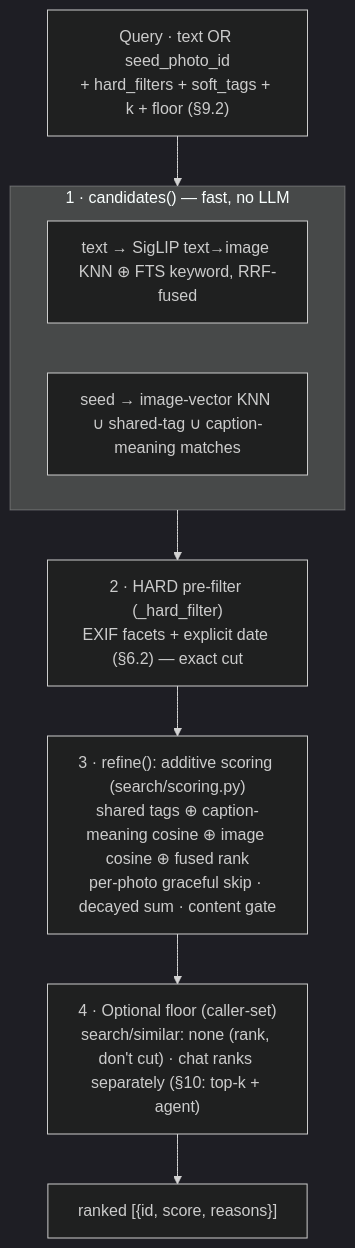
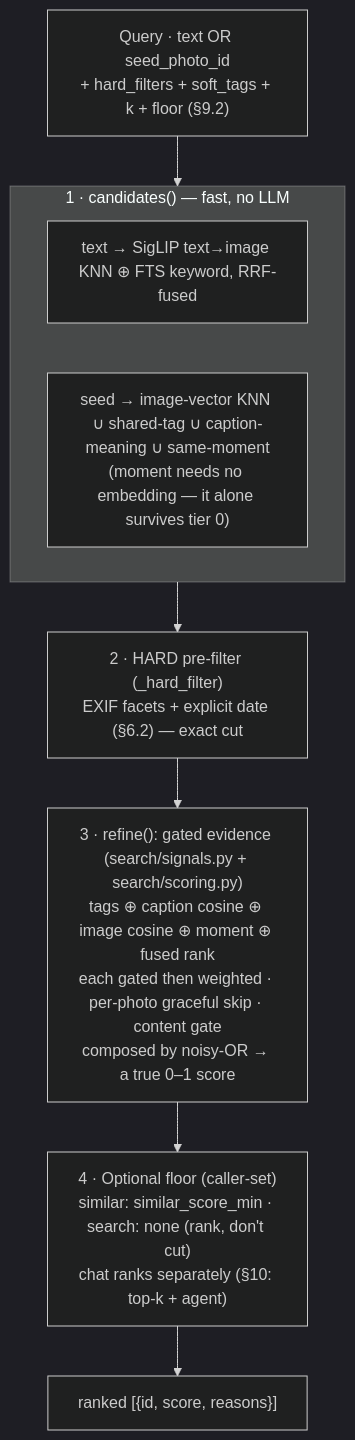
One commit to sadensmol/ivms777 changed the second of 6 diagrams in docs/design.md. Above: the diagram before and after it, drawn with Mermaid (dark theme). The commit also changed other lines of this file and 48 other files, not shown here.

````diff
--- a/docs/design.md
+++ b/docs/design.md
@@ -755,14 +778,14 @@
 ```mermaid
 flowchart TB
     q["Query · text OR seed_photo_id<br/>+ hard_filters + soft_tags + k + floor (§9.2)"] --> gen
 
     subgraph gen["1 · candidates() — fast, no LLM"]
         t["text → SigLIP text→image KNN ⊕ FTS keyword, RRF-fused"]
-        s["seed → image-vector KNN ∪ shared-tag ∪ caption-meaning matches"]
+        s["seed → image-vector KNN ∪ shared-tag ∪ caption-meaning ∪ same-moment<br/>(moment needs no embedding — it alone survives tier 0)"]
     end
 
     gen --> hard["2 · HARD pre-filter (_hard_filter)<br/>EXIF facets + explicit date (§6.2) — exact cut"]
-    hard --> score["3 · refine(): additive scoring (search/scoring.py)<br/>shared tags ⊕ caption-meaning cosine ⊕ image cosine ⊕ fused rank<br/>per-photo graceful skip · decayed sum · content gate"]
-    score --> floorstep["4 · Optional floor (caller-set)<br/>search/similar: none (rank, don't cut) · chat ranks separately (§10: top-k + agent)"]
+    hard --> score["3 · refine(): gated evidence (search/signals.py + search/scoring.py)<br/>tags ⊕ caption cosine ⊕ image cosine ⊕ moment ⊕ fused rank<br/>each gated then weighted · per-photo graceful skip · content gate<br/>composed by noisy-OR → a true 0–1 score"]
+    score --> floorstep["4 · Optional floor (caller-set)<br/>similar: similar_score_min · search: none (rank, don't cut)<br/>chat ranks separately (§10: top-k + agent)"]
     floorstep --> out["ranked [{id, score, reasons}]"]
 ```
````
